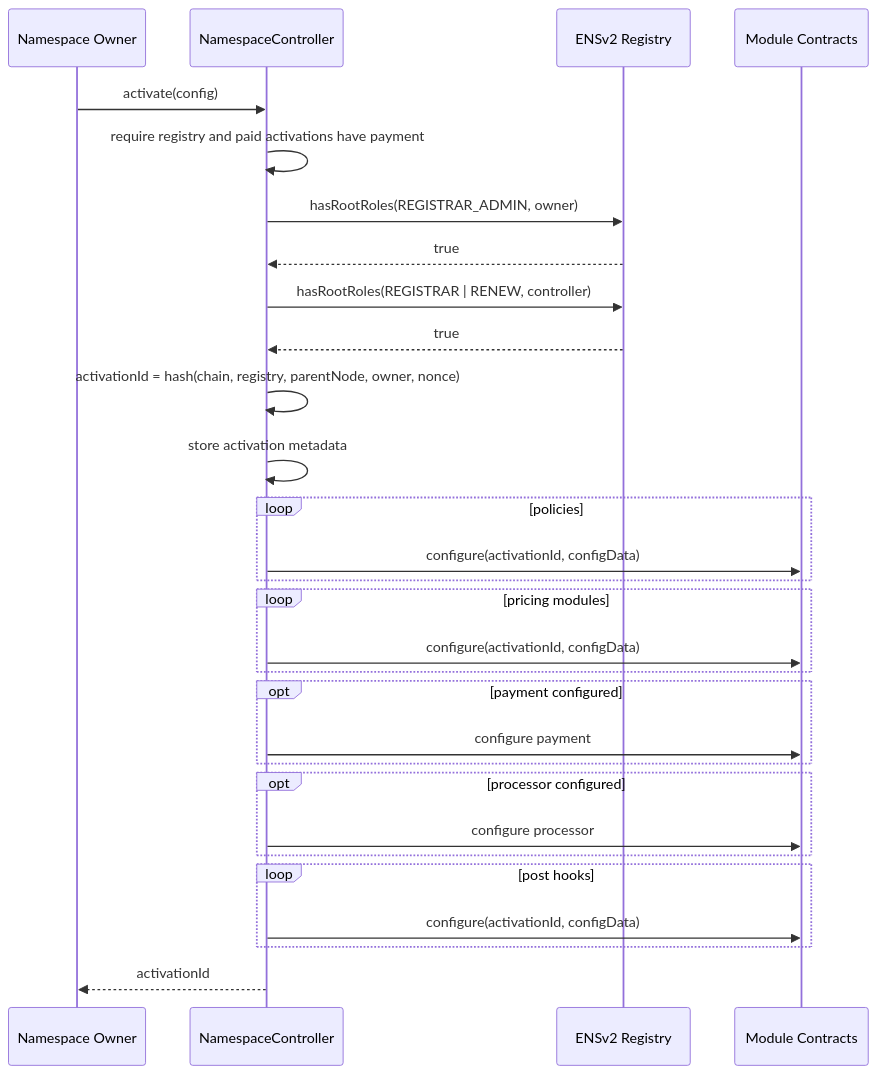
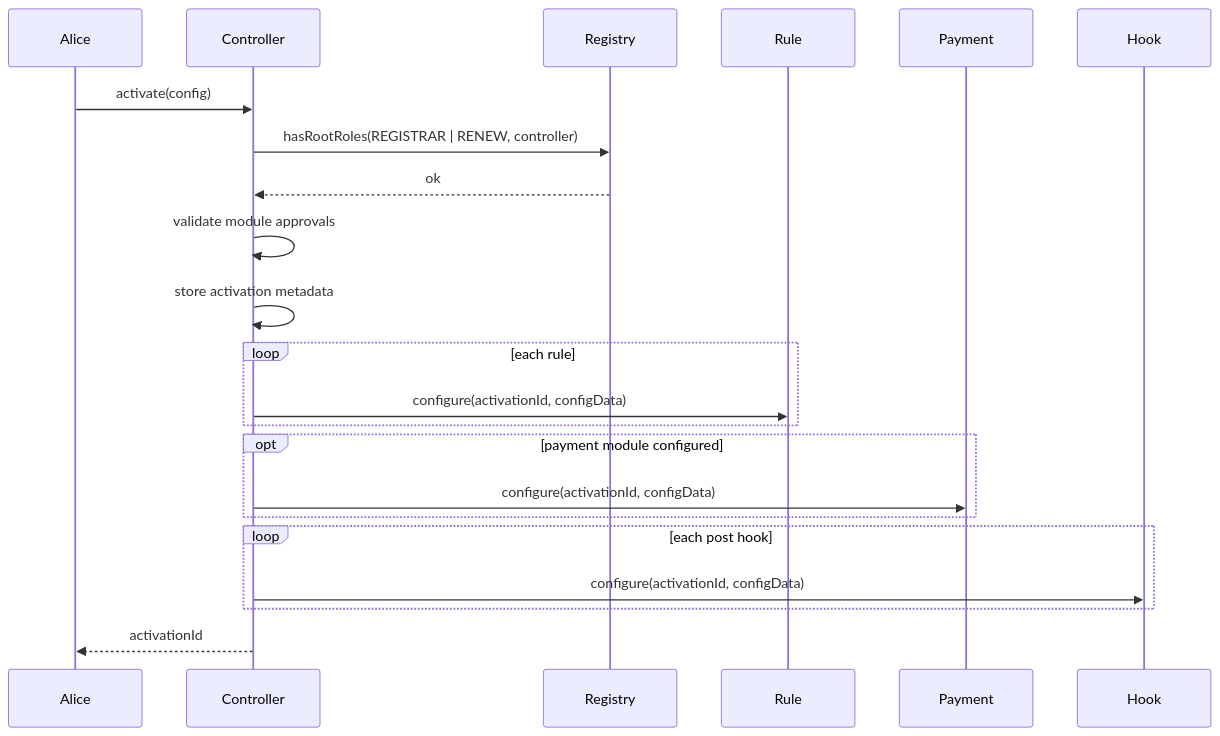
One commit to envoy1084/namespace-contracts-v2 changed the diagram in docs/02-activation-and-configuration.md. Above: the diagram before and after it, drawn with Mermaid. The commit also changed other lines of this file and 54 other files, not shown here.

Commit message:
refactor: remove legacy policy pricing modules

````diff
--- a/docs/02-activation-and-configuration.md
+++ b/docs/02-activation-and-configuration.md
@@ -44,32 +66,25 @@
 ```mermaid
 sequenceDiagram
-    participant Owner as Namespace Owner
-    participant Controller as NamespaceController
-    participant Registry as ENSv2 Registry
-    participant Module as Module Contracts
+    participant Alice
+    participant Controller
+    participant Registry
+    participant Rule
+    participant Payment
+    participant Hook
 
-    Owner->>Controller: activate(config)
-    Controller->>Controller: require registry and paid activations have payment
-    Controller->>Registry: hasRootRoles(REGISTRAR_ADMIN, owner)
-    Registry-->>Controller: true
+    Alice->>Controller: activate(config)
     Controller->>Registry: hasRootRoles(REGISTRAR | RENEW, controller)
-    Registry-->>Controller: true
-    Controller->>Controller: activationId = hash(chain, registry, parentNode, owner, nonce)
+    Registry-->>Controller: ok
+    Controller->>Controller: validate module approvals
     Controller->>Controller: store activation metadata
-    loop policies
-        Controller->>Module: configure(activationId, configData)
+    loop each rule
+        Controller->>Rule: configure(activationId, configData)
     end
-    loop pricing modules
-        Controller->>Module: configure(activationId, configData)
+    opt payment module configured
+        Controller->>Payment: configure(activationId, configData)
     end
-    opt payment configured
-        Controller->>Module: configure payment
+    loop each post hook
+        Controller->>Hook: configure(activationId, configData)
     end
-    opt processor configured
-        Controller->>Module: configure processor
-    end
-    loop post hooks
-        Controller->>Module: configure(activationId, configData)
-    end
-    Controller-->>Owner: activationId
+    Controller-->>Alice: activationId
 ```
````
